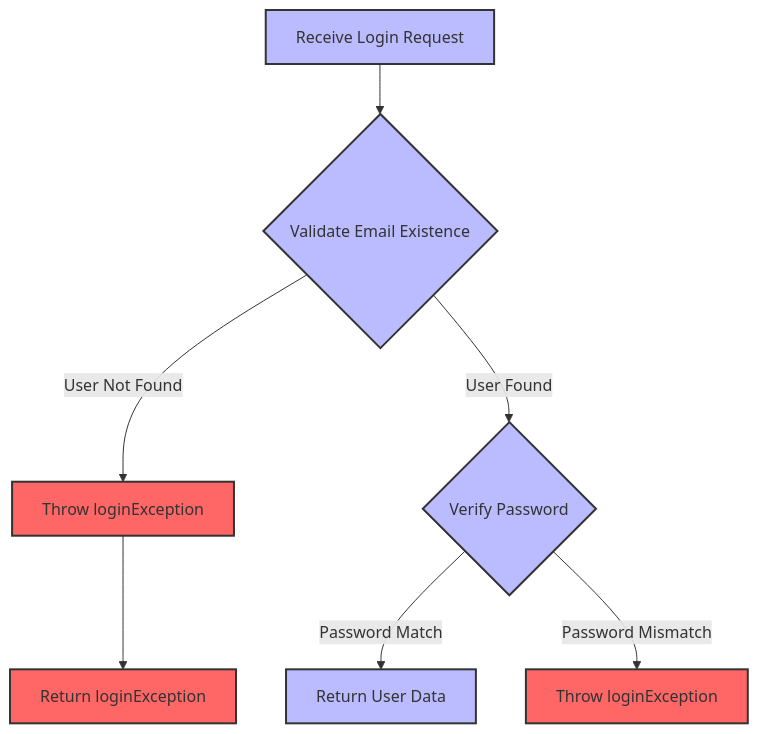
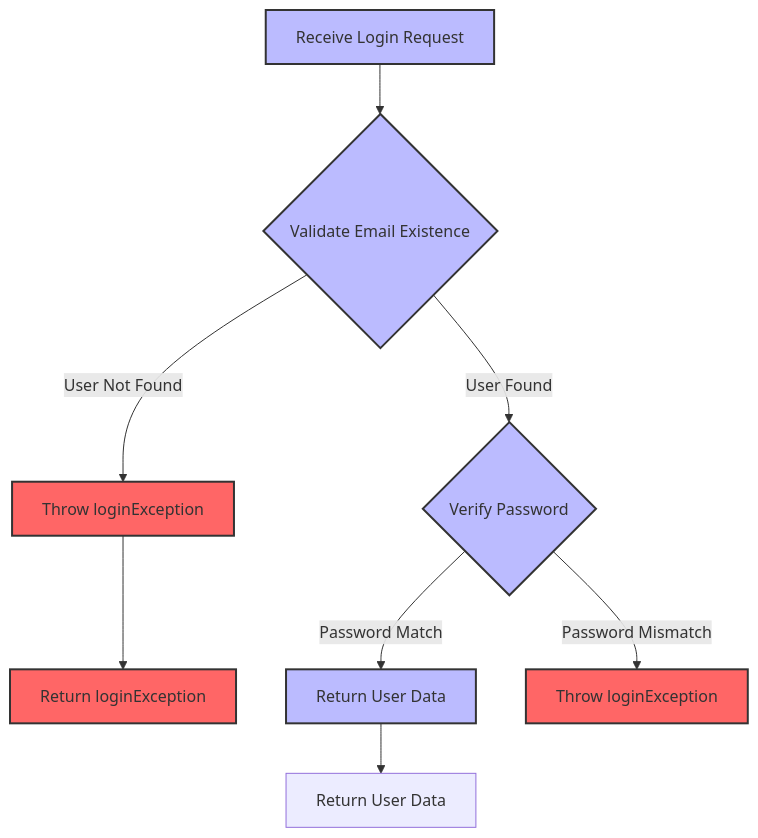
One commit to rohitjha941/blog-bubbles-api changed the diagram in docs/login.mermaid. Above: the diagram before and after it, drawn with Mermaid. The commit also changed 1 other file, not shown here.

Commit message:
fix: login diagram

```diff
--- a/docs/login.mermaid
+++ b/docs/login.mermaid
@@ -1,15 +1,16 @@
 graph TD
     A[Receive Login Request] --> B{Validate Email Existence}
     B --> |User Not Found| C[Throw loginException]
     B --> |User Found| D{Verify Password}
     C --> E[Return loginException]
     D --> |Password Match| F[Return User Data]
     D --> |Password Mismatch| G[Throw loginException]
+    F --> H[Return User Data]
 
 style A fill:#BBF,stroke:#333,stroke-width:2px
 style B fill:#BBF,stroke:#333,stroke-width:2px
 style C fill:#F66,stroke:#333,stroke-width:2px
 style D fill:#BBF,stroke:#333,stroke-width:2px
 style E fill:#F66,stroke:#333,stroke-width:2px
 style F fill:#BBF,stroke:#333,stroke-width:2px
 style G fill:#F66,stroke:#333,stroke-width:2px
```
